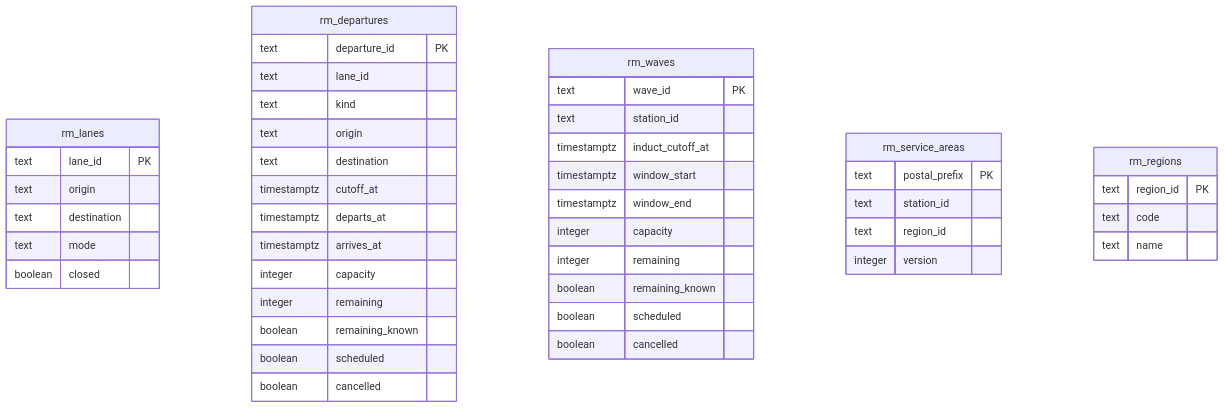
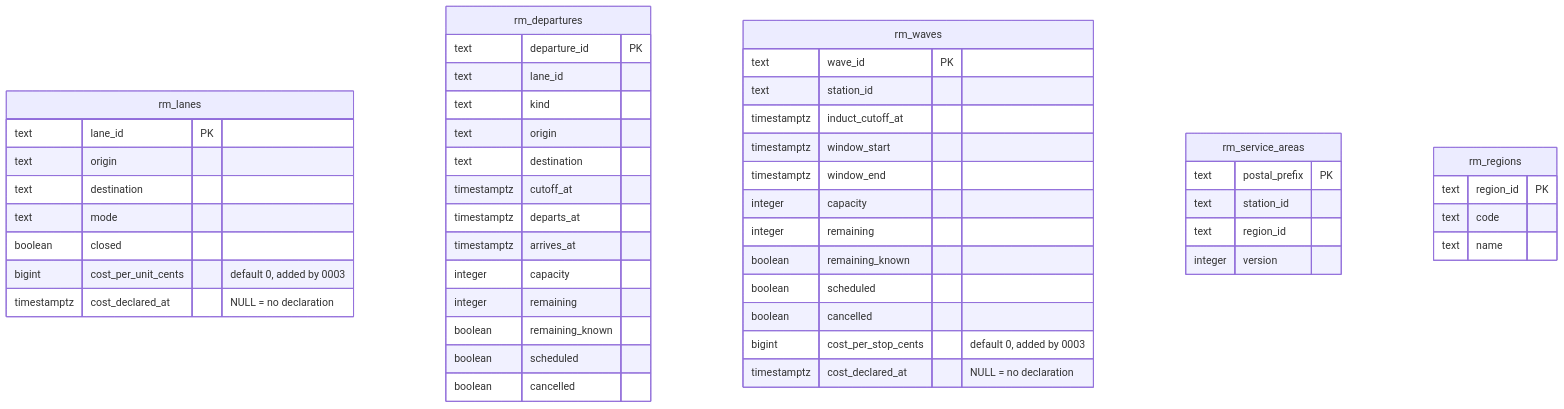
One commit to IQVO/order-sourcing changed the third of 6 diagrams in docs/docs/ddd/entity-relationship.md. Above: the diagram before and after it, drawn with Mermaid. The commit also changed other lines of this file and 6 other files, not shown here.

````diff
--- a/docs/docs/ddd/entity-relationship.md
+++ b/docs/docs/ddd/entity-relationship.md
@@ -100,48 +105,52 @@
 ```mermaid
 erDiagram
     rm_lanes {
         text lane_id PK
         text origin
         text destination
         text mode
         boolean closed
+        bigint cost_per_unit_cents "default 0, added by 0003"
+        timestamptz cost_declared_at "NULL = no declaration"
     }
     rm_departures {
         text departure_id PK
         text lane_id
         text kind
         text origin
         text destination
         timestamptz cutoff_at
         timestamptz departs_at
         timestamptz arrives_at
         integer capacity
         integer remaining
         boolean remaining_known
         boolean scheduled
         boolean cancelled
     }
     rm_waves {
         text wave_id PK
         text station_id
         timestamptz induct_cutoff_at
         timestamptz window_start
         timestamptz window_end
         integer capacity
         integer remaining
         boolean remaining_known
         boolean scheduled
         boolean cancelled
+        bigint cost_per_stop_cents "default 0, added by 0003"
+        timestamptz cost_declared_at "NULL = no declaration"
     }
     rm_service_areas {
         text postal_prefix PK
         text station_id
         text region_id
         integer version
     }
     rm_regions {
         text region_id PK
         text code
         text name
     }
 ```
````
